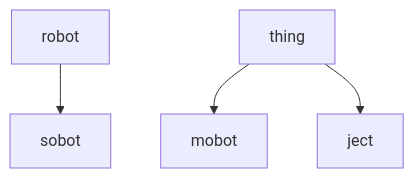
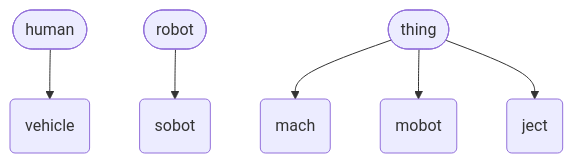
Before and after one commit to roboticist-tav/diego_documentation: the second of 6 diagrams in docs/physic/_indextopic.md, drawn with Mermaid. The commit also changed other lines of this file and 98 other files, not shown here.

````diff
--- a/docs/physic/_indextopic.md
+++ b/docs/physic/_indextopic.md
@@ -35,6 +37,8 @@
 ```mermaid
-flowchart TD
-    robot --> sobot
-    thing --> mobot
-    thing --> ject
+    flowchart TD
+    human([human]) --> vehicle(vehicle)
+    robot([robot]) --> sobot(sobot)
+    thing([thing]) --> mach(mach)
+    thing--> mobot(mobot)
+    thing --> ject(ject)
 ```
````
